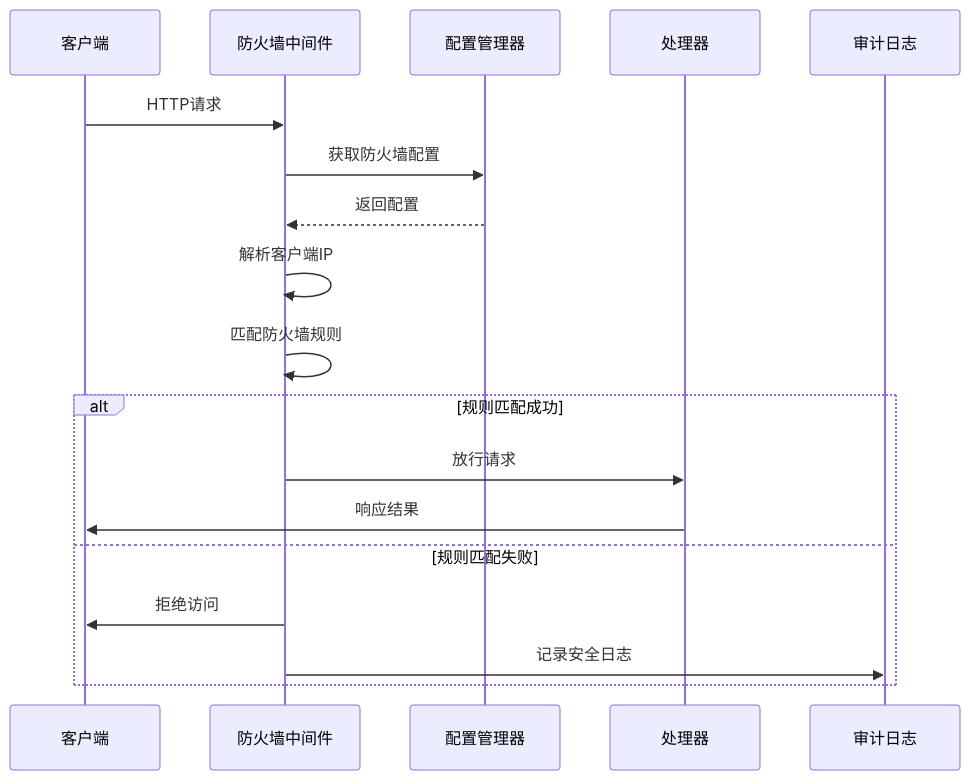
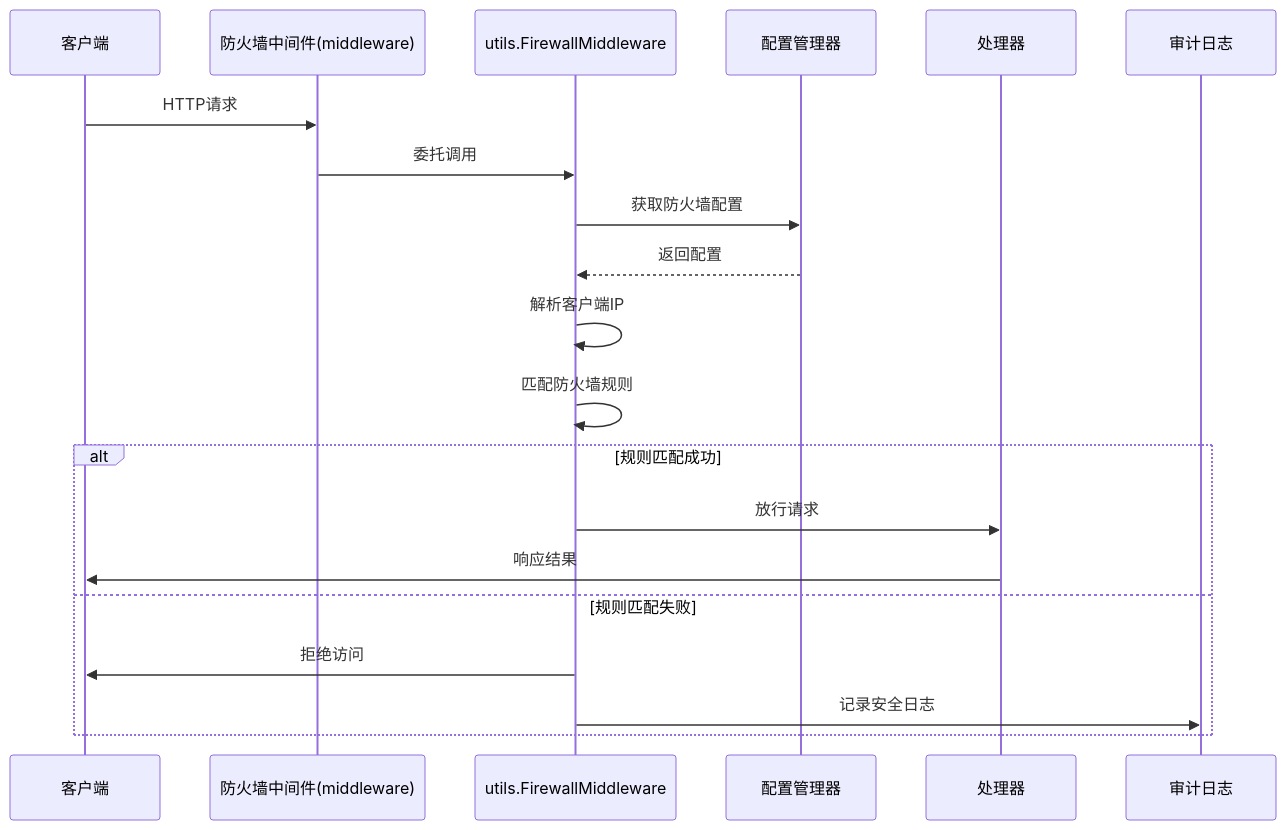
One commit to yanfanvip/caddy-manager changed the second of 8 diagrams in .qoder/repowiki/zh/content/核心模块/中间件系统/防火墙中间件.md. Above: the diagram before and after it, drawn with Mermaid. The commit also changed other lines of this file and 7 other files, not shown here.

````diff
--- a/.qoder/repowiki/zh/content/核心模块/中间件系统/防火墙中间件.md
+++ b/.qoder/repowiki/zh/content/核心模块/中间件系统/防火墙中间件.md
@@ -112,20 +132,22 @@
 ```mermaid
 sequenceDiagram
 participant Client as 客户端
-participant Firewall as 防火墙中间件
+participant FirewallMW as 防火墙中间件(middleware)
+participant UtilsFW as utils.FirewallMiddleware
 participant Config as 配置管理器
 participant Handler as 处理器
 participant Audit as 审计日志
-Client->>Firewall : HTTP请求
-Firewall->>Config : 获取防火墙配置
-Config-->>Firewall : 返回配置
-Firewall->>Firewall : 解析客户端IP
-Firewall->>Firewall : 匹配防火墙规则
+Client->>FirewallMW : HTTP请求
+FirewallMW->>UtilsFW : 委托调用
+UtilsFW->>Config : 获取防火墙配置
+Config-->>UtilsFW : 返回配置
+UtilsFW->>UtilsFW : 解析客户端IP
+UtilsFW->>UtilsFW : 匹配防火墙规则
 alt 规则匹配成功
-Firewall->>Handler : 放行请求
+UtilsFW->>Handler : 放行请求
 Handler->>Client : 响应结果
 else 规则匹配失败
-Firewall->>Client : 拒绝访问
-Firewall->>Audit : 记录安全日志
+UtilsFW->>Client : 拒绝访问
+UtilsFW->>Audit : 记录安全日志
 end
 ```
````
